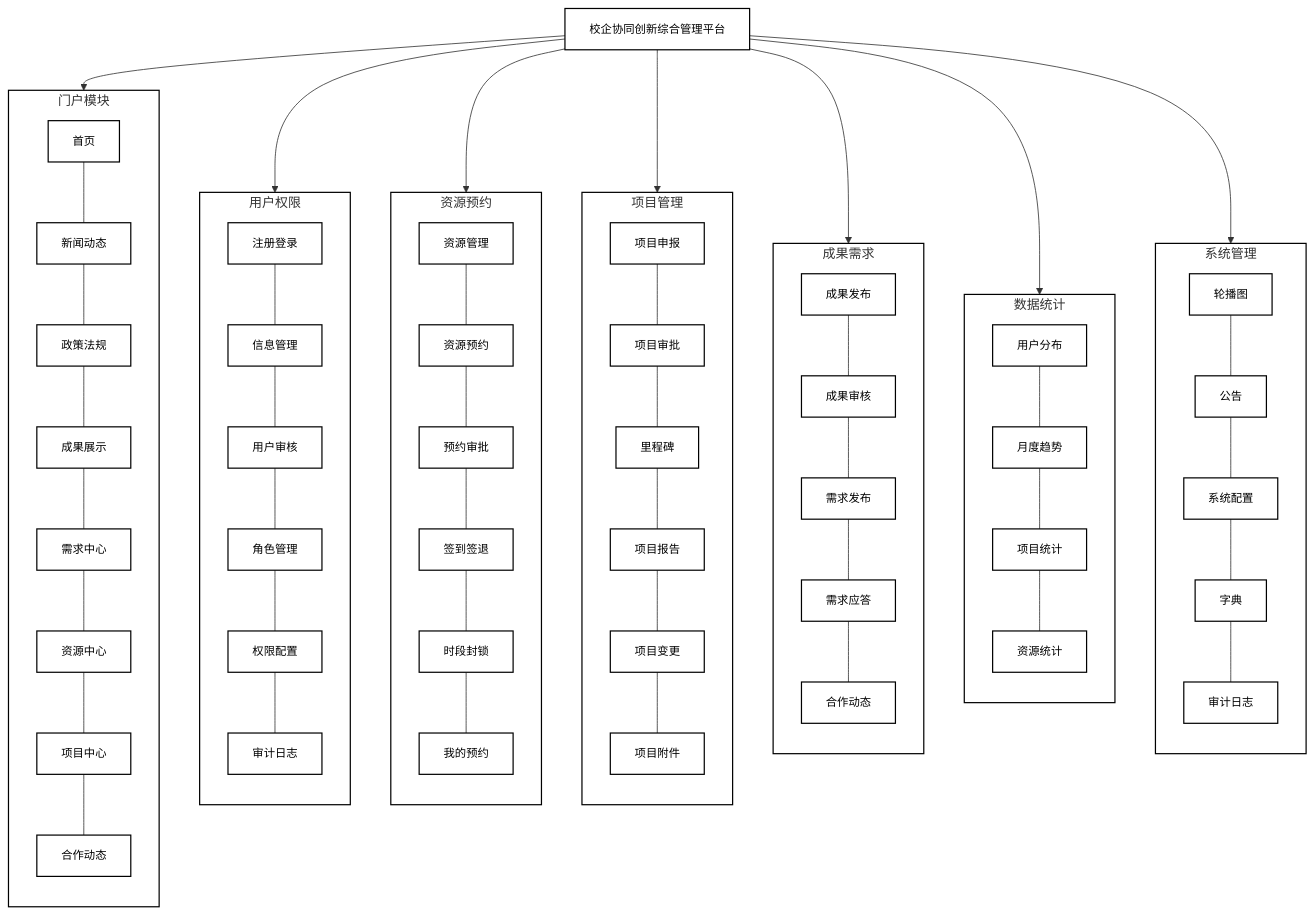
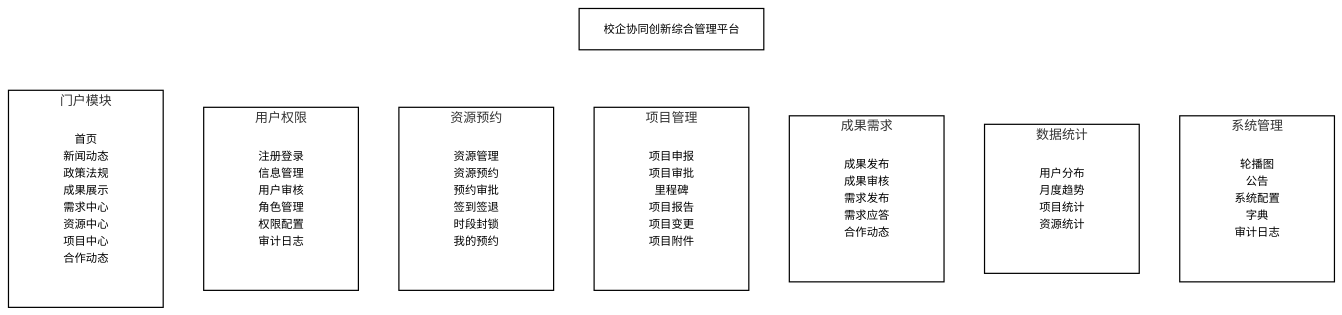
One commit to lmjq12/iodraw-files changed the diagram in all/未命名.md. Above: the diagram before and after it, drawn with Mermaid.

Commit message:
2026-05-26 12:00:19 update

````diff
--- a/all/未命名.md
+++ b/all/未命名.md
@@ -1,71 +1,66 @@
 ```mermaid
 flowchart TB
     %% 顶级平台标题
     P[校企协同创新综合管理平台]
 
-    %% 门户模块卡片
+    %% 门户模块卡片（使用换行符实现无边框无线条堆叠）
     subgraph M1 [门户模块]
-        direction TB
-        M1a[首页] --- M1b[新闻动态] --- M1c[政策法规] --- M1d[成果展示] --- M1e[需求中心] --- M1f[资源中心] --- M1g[项目中心] --- M1h[合作动态]
+        M1_List[首页<br/>新闻动态<br/>政策法规<br/>成果展示<br/>需求中心<br/>资源中心<br/>项目中心<br/>合作动态]
     end
 
     %% 用户权限卡片
     subgraph M2 [用户权限]
-        direction TB
-        M2a[注册登录] --- M2b[信息管理] --- M2c[用户审核] --- M2d[角色管理] --- M2e[权限配置] --- M2f[审计日志]
+        M2_List[注册登录<br/>信息管理<br/>用户审核<br/>角色管理<br/>权限配置<br/>审计日志]
     end
 
     %% 资源预约卡片
     subgraph M3 [资源预约]
-        direction TB
-        M3a[资源管理] --- M3b[资源预约] --- M3c[预约审批] --- M3d[签到签退] --- M3e[时段封锁] --- M3f[我的预约]
+        M3_List[资源管理<br/>资源预约<br/>预约审批<br/>签到签退<br/>时段封锁<br/>我的预约]
     end
 
     %% 项目管理卡片
     subgraph M4 [项目管理]
-        direction TB
-        M4a[项目申报] --- M4b[项目审批] --- M4c[里程碑] --- M4d[项目报告] --- M4e[项目变更] --- M4f[项目附件]
+        M4_List[项目申报<br/>项目审批<br/>里程碑<br/>项目报告<br/>项目变更<br/>项目附件]
     end
 
     %% 成果需求卡片
     subgraph M5 [成果需求]
-        direction TB
-        M5a[成果发布] --- M5b[成果审核] --- M5c[需求发布] --- M5d[需求应答] --- M5e[合作动态]
+        M5_List[成果发布<br/>成果审核<br/>需求发布<br/>需求应答<br/>合作动态]
     end
 
     %% 数据统计卡片
     subgraph M6 [数据统计]
-        direction TB
-        M6a[用户分布] --- M6b[月度趋势] --- M6c[项目统计] --- M6d[资源统计]
+        M6_List[用户分布<br/>月度趋势<br/>项目统计<br/>资源统计]
     end
 
     %% 系统管理卡片
     subgraph M7 [系统管理]
-        direction TB
-        M7a[轮播图] --- M7b[公告] --- M7c[系统配置] --- M7d[字典] --- M7e[审计日志]
+        M7_List[轮播图<br/>公告<br/>系统配置<br/>字典<br/>审计日志]
     end
 
-    %% 核心控制：让 7 个子图（列）在平台下方横向并排摆放
-    P --> M1
-    P --> M2
-    P --> M3
-    P --> M4
-    P --> M5
-    P --> M6
-    P --> M7
+    %% 核心控制：让 7 个子图（列）在平台下方横向并排摆放（此处连线可根据需要保留或用 ~~~ 隐藏，这里用隐形边保持结构）
+    P ~~~ M1
+    P ~~~ M2
+    P ~~~ M3
+    P ~~~ M4
+    P ~~~ M5
+    P ~~~ M6
+    P ~~~ M7
 
-    %% 样式定义：白底黑边、宋体、五号字(10.5pt)
+    %% 样式定义：白底黑边、无多余内框、宋体、五号字(10.5pt)
     classDef whiteTheme fill:#ffffff,stroke:#000000,stroke-width:1.5px,color:#000000,font-family:'SimSun','Songti SC',serif,font-size:10.5pt;
+    classDef noBorder fill:none,stroke:none,color:#000000,font-family:'SimSun','Songti SC',serif,font-size:10.5pt,text-align:center;
     
-    %% 应用样式到所有节点
-    class P,M1a,M1b,M1c,M1d,M1e,M1f,M1g,M1h,M2a,M2b,M2c,M2d,M2e,M2f,M3a,M3b,M3c,M3d,M3e,M3f,M4a,M4b,M4c,M4d,M4e,M4f,M5a,M5b,M5c,M5d,M5e,M6a,M6b,M6c,M6d,M7a,M7b,M7c,M7d,M7e whiteTheme;
+    %% 应用样式
+    class P whiteTheme;
+    class M1_List,M2_List,M3_List,M4_List,M5_List,M6_List,M7_List noBorder;
 
     %% 子图（外框卡片）样式：白底黑边
     style M1 fill:#ffffff,stroke:#000000,stroke-width:1.5px;
     style M2 fill:#ffffff,stroke:#000000,stroke-width:1.5px;
     style M3 fill:#ffffff,stroke:#000000,stroke-width:1.5px;
     style M4 fill:#ffffff,stroke:#000000,stroke-width:1.5px;
     style M5 fill:#ffffff,stroke:#000000,stroke-width:1.5px;
     style M6 fill:#ffffff,stroke:#000000,stroke-width:1.5px;
     style M7 fill:#ffffff,stroke:#000000,stroke-width:1.5px;
 ```
````
